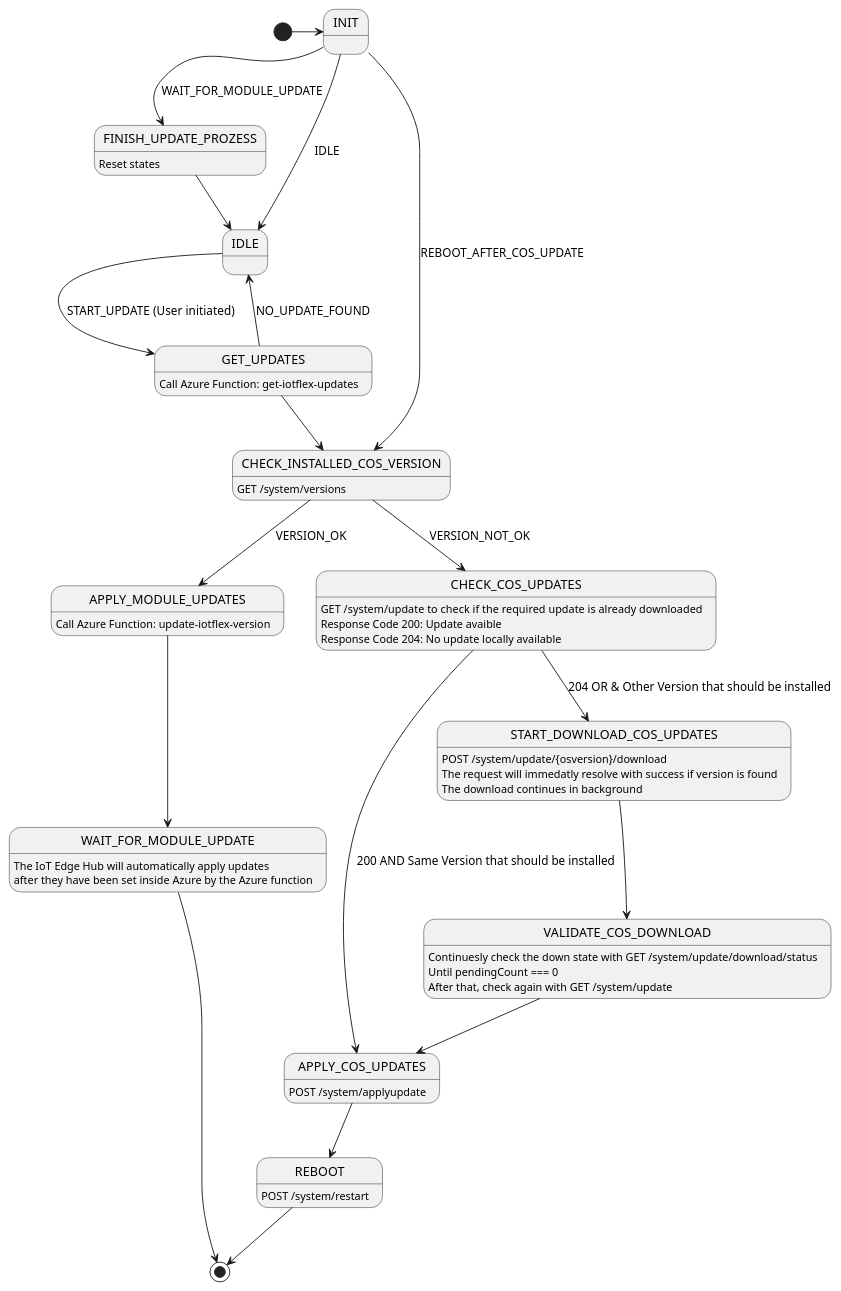
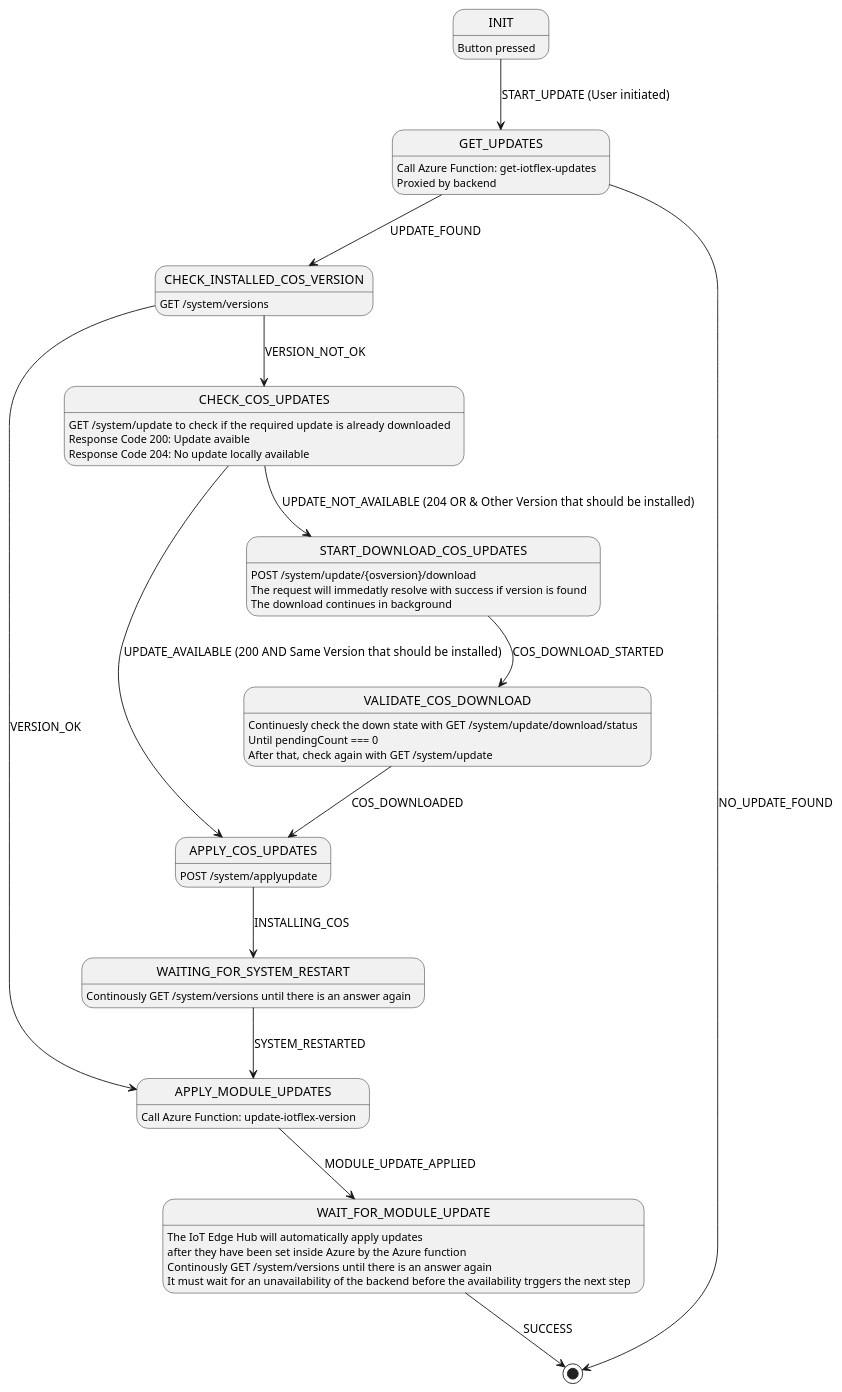
The diagram in developer-docs/state-diagramms/cos-update.plantuml (Vunnupyx/clight), drawn with PlantUML before and after one commit. The commit also changed 1 other file, not shown here.

```diff
--- a/developer-docs/state-diagramms/cos-update.plantuml
+++ b/developer-docs/state-diagramms/cos-update.plantuml
@@ -1,39 +1,38 @@
 @startuml COS Update
 
-[*] -> INIT
-INIT --> FINISH_UPDATE_PROZESS : WAIT_FOR_MODULE_UPDATE
-INIT --> CHECK_INSTALLED_COS_VERSION : REBOOT_AFTER_COS_UPDATE
-INIT --> IDLE : IDLE
-IDLE --> GET_UPDATES : START_UPDATE (User initiated)
-GET_UPDATES --> CHECK_INSTALLED_COS_VERSION
-GET_UPDATES --> IDLE : NO_UPDATE_FOUND
+
+INIT --> GET_UPDATES :  START_UPDATE (User initiated)
+INIT : Button pressed
+GET_UPDATES --> CHECK_INSTALLED_COS_VERSION : UPDATE_FOUND
+GET_UPDATES --> [*] : NO_UPDATE_FOUND
 GET_UPDATES : Call Azure Function: get-iotflex-updates
+GET_UPDATES : Proxied by backend
 CHECK_INSTALLED_COS_VERSION --> APPLY_MODULE_UPDATES : VERSION_OK
 CHECK_INSTALLED_COS_VERSION : GET /system/versions
 CHECK_INSTALLED_COS_VERSION --> CHECK_COS_UPDATES : VERSION_NOT_OK
 CHECK_COS_UPDATES : GET  /system/update to check if the required update is already downloaded
 CHECK_COS_UPDATES : Response Code 200: Update avaible
 CHECK_COS_UPDATES : Response Code 204: No update locally available
-CHECK_COS_UPDATES --> APPLY_COS_UPDATES : 200 AND Same Version that should be installed
+CHECK_COS_UPDATES --> APPLY_COS_UPDATES : UPDATE_AVAILABLE (200 AND Same Version that should be installed)
 APPLY_COS_UPDATES : POST /system/applyupdate 
-CHECK_COS_UPDATES --> START_DOWNLOAD_COS_UPDATES : 204 OR & Other Version that should be installed
+CHECK_COS_UPDATES --> START_DOWNLOAD_COS_UPDATES : UPDATE_NOT_AVAILABLE (204 OR & Other Version that should be installed)
 START_DOWNLOAD_COS_UPDATES : POST /system/update/{osversion}/download
 START_DOWNLOAD_COS_UPDATES : The request will immedatly resolve with success if version is found
 START_DOWNLOAD_COS_UPDATES : The download continues in background
-START_DOWNLOAD_COS_UPDATES --> VALIDATE_COS_DOWNLOAD
+START_DOWNLOAD_COS_UPDATES --> VALIDATE_COS_DOWNLOAD : COS_DOWNLOAD_STARTED
 VALIDATE_COS_DOWNLOAD : Continuesly check the down state with GET /system/update/download/status
 VALIDATE_COS_DOWNLOAD : Until pendingCount === 0
 VALIDATE_COS_DOWNLOAD : After that, check again with GET /system/update
-VALIDATE_COS_DOWNLOAD --> APPLY_COS_UPDATES
-APPLY_COS_UPDATES --> REBOOT
-REBOOT : POST /system/restart
-REBOOT --> [*]
-APPLY_MODULE_UPDATES --> WAIT_FOR_MODULE_UPDATE
+VALIDATE_COS_DOWNLOAD --> APPLY_COS_UPDATES : COS_DOWNLOADED
+APPLY_COS_UPDATES --> WAITING_FOR_SYSTEM_RESTART :INSTALLING_COS
+WAITING_FOR_SYSTEM_RESTART --> APPLY_MODULE_UPDATES : SYSTEM_RESTARTED
+WAITING_FOR_SYSTEM_RESTART : Continously GET /system/versions until there is an answer again
+APPLY_MODULE_UPDATES --> WAIT_FOR_MODULE_UPDATE : MODULE_UPDATE_APPLIED
 APPLY_MODULE_UPDATES : Call Azure Function: update-iotflex-version
 WAIT_FOR_MODULE_UPDATE : The IoT Edge Hub will automatically apply updates
 WAIT_FOR_MODULE_UPDATE : after they have been set inside Azure by the Azure function
-WAIT_FOR_MODULE_UPDATE --> [*]
-FINISH_UPDATE_PROZESS : Reset states
-FINISH_UPDATE_PROZESS --> IDLE
+WAIT_FOR_MODULE_UPDATE : Continously GET /system/versions until there is an answer again
+WAIT_FOR_MODULE_UPDATE : It must wait for an unavailability of the backend before the availability trggers the next step
+WAIT_FOR_MODULE_UPDATE --> [*] : SUCCESS
 
 @enduml
```
